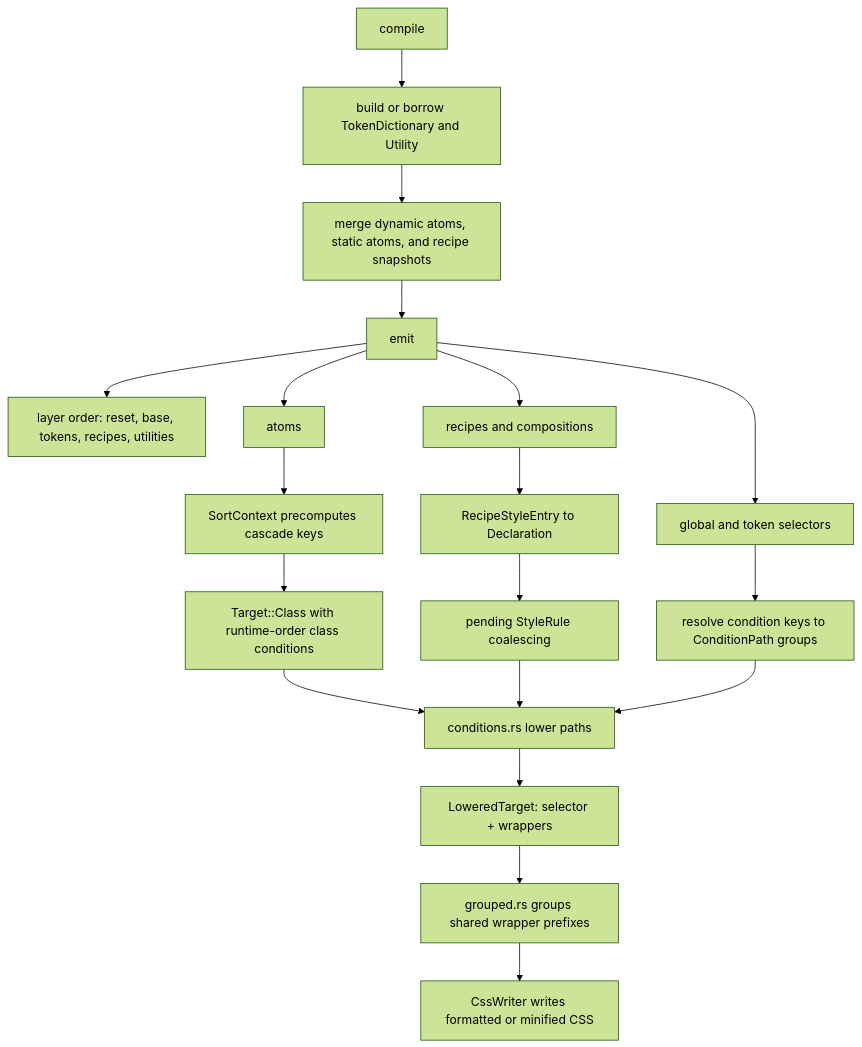
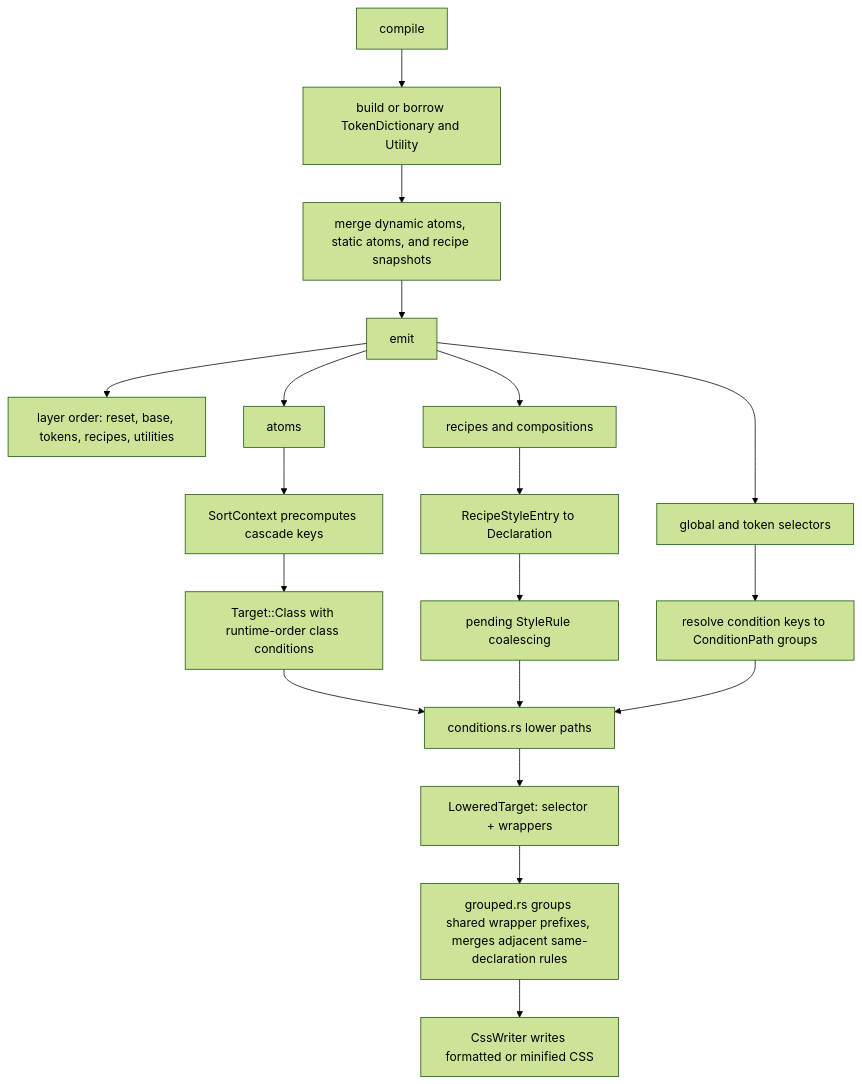
One commit to chakra-ui/panda changed the diagram in design-notes/stylesheet.md. Above: the diagram before and after it, drawn with Mermaid (forest theme). The commit also changed other lines of this file and 8 other files, not shown here.

First line of the commit message:
fix(compiler): merge adjacent selectors sharing a declaration block

````diff
--- a/design-notes/stylesheet.md
+++ b/design-notes/stylesheet.md
@@ -45,27 +49,27 @@
 ```mermaid
 flowchart TD
   C[compile] --> I[build or borrow TokenDictionary and Utility]
   I --> M[merge dynamic atoms, static atoms, and recipe snapshots]
   M --> E[emit]
 
   E --> L[layer order: reset, base, tokens, recipes, utilities]
   E --> A[atoms]
   E --> R[recipes and compositions]
   E --> G[global and token selectors]
 
   A --> AS[SortContext precomputes cascade keys]
   AS --> AC[Target::Class with runtime-order class conditions]
 
   R --> RD[RecipeStyleEntry to Declaration]
   RD --> RC[pending StyleRule coalescing]
 
   G --> GP[resolve condition keys to ConditionPath groups]
 
   AC --> X[conditions.rs lower paths]
   RC --> X
   GP --> X
 
   X --> T[LoweredTarget: selector + wrappers]
-  T --> B[grouped.rs groups shared wrapper prefixes]
+  T --> B[grouped.rs groups shared wrapper prefixes, merges adjacent same-declaration rules]
   B --> W[CssWriter writes formatted or minified CSS]
 ```
````
